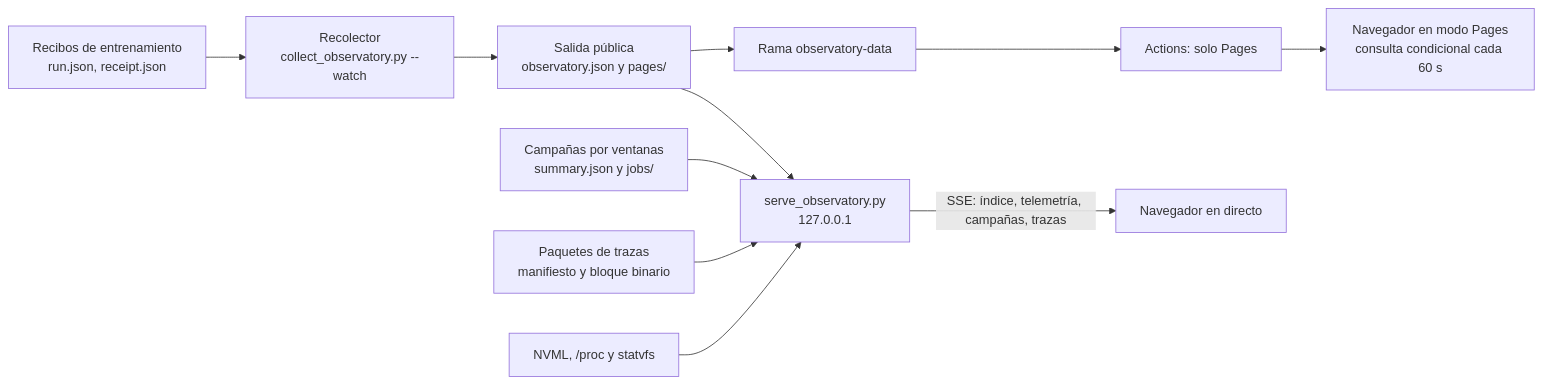
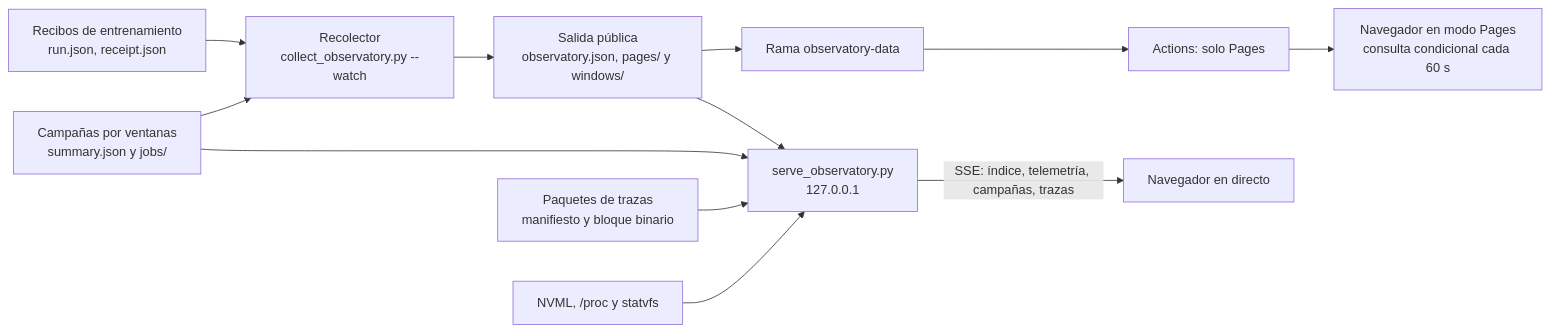
One commit to GonxKZ/mars-titan changed the diagram in docs/engineering/observatory.md. Above: the diagram before and after it, drawn with Mermaid. The commit also changed other lines of this file and 37 other files, not shown here.

````diff
--- a/docs/engineering/observatory.md
+++ b/docs/engineering/observatory.md
@@ -21,11 +21,12 @@
 ```mermaid
 flowchart LR
   R["Recibos de entrenamiento<br/>run.json, receipt.json"] --> C["Recolector<br/>collect_observatory.py --watch"]
-  C --> P["Salida pública<br/>observatory.json y pages/"]
+  K["Campañas por ventanas<br/>summary.json y jobs/"] --> C
+  C --> P["Salida pública<br/>observatory.json, pages/ y windows/"]
   P --> B["Rama observatory-data"] --> A["Actions: solo Pages"] --> W["Navegador en modo Pages<br/>consulta condicional cada 60 s"]
   P --> S["serve_observatory.py<br/>127.0.0.1"]
-  K["Campañas por ventanas<br/>summary.json y jobs/"] --> S
+  K --> S
   T["Paquetes de trazas<br/>manifiesto y bloque binario"] --> S
   N["NVML, /proc y statvfs"] --> S
   S -- "SSE: índice, telemetría, campañas, trazas" --> L["Navegador en directo"]
 ```
````
